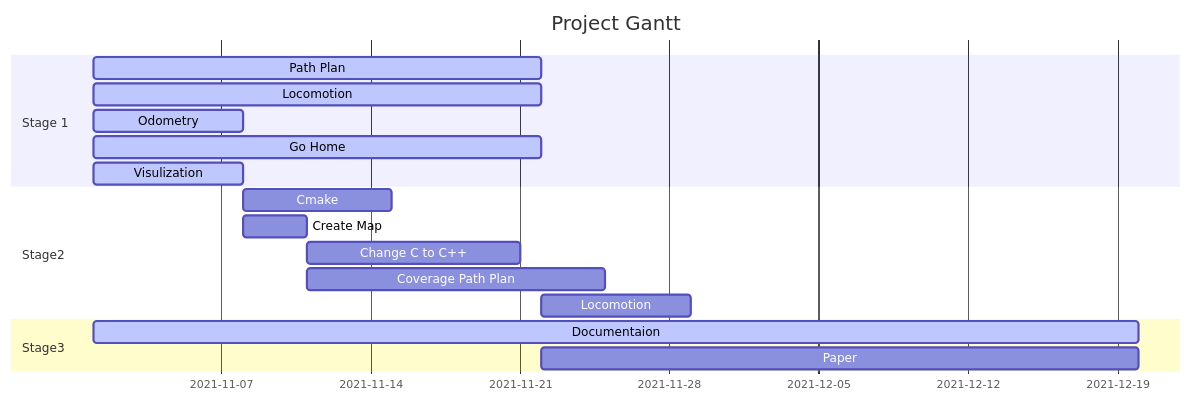
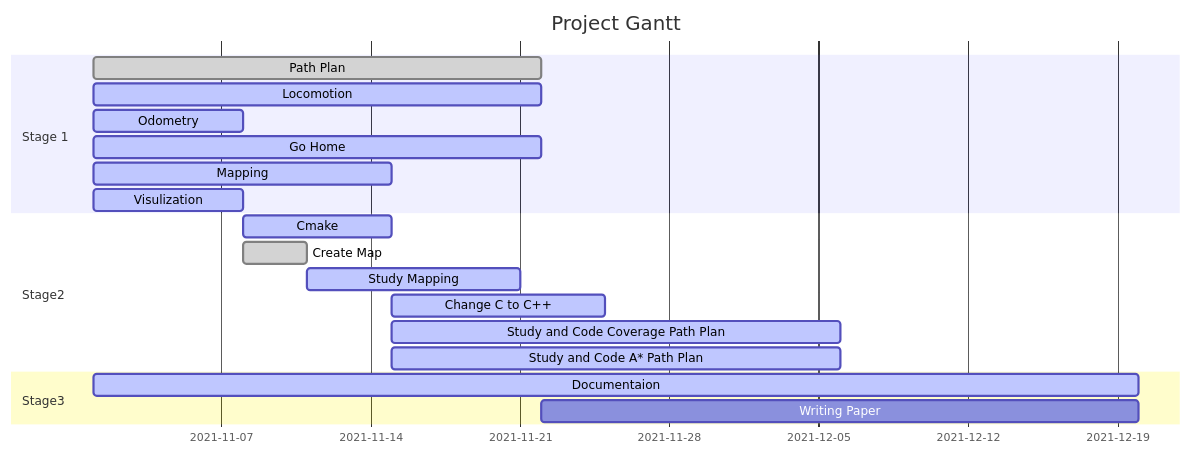
The diagram in README.md (Alexbeast-CN/Robot_navigation_webots), drawn with Mermaid before and after one commit. The commit also changed 7 other files, not shown here.

````diff
--- a/README.md
+++ b/README.md
@@ -11,26 +11,31 @@
 ```mermaid
 gantt
 
 title Project Gantt
 dateFormat YY-MM-DD
 
     section Stage 1
-    Path Plan             :active, des2, 21-11-01, 3w
+    Path Plan             :done, des2, 21-11-01, 3w
     Locomotion            :active, des2, 21-11-01, 3w
     Odometry              :active, des1, 21-11-01, 1w
     Go Home               :active, des2, 21-11-01, 3w
+    Mapping               :active, des1, 21-11-01, 2w
     Visulization          :active, des1, 21-11-01, 1w
 
     section Stage2
-    Cmake                 :des3, after des1, 1w
-    Create Map            :des3, after des1, 3d
-    Change C to C++       :des4, after des3, 10d
+    Cmake                 :active, des6, after des1, 1w
+    Create Map            :done, des3, after des1, 3d
+    Study Mapping         :active, des4, after des3, 10d
 
-    Coverage Path Plan    :des4, after des3, 2w
-    Locomotion            :des5, after des2, 1w
+    Change C to C++       :active, des5, after des6, 10d
+    
+    Study and Code Coverage Path Plan    :active, des5, after des6, 3w
+
+    Study and Code A* Path Plan    :active, des5, after des6, 3w
+    
 
     section Stage3
     Documentaion          :active, 21-11-01,7w
-    Paper                 :after des2, 4w
+    Writing Paper                 :after des2, 4w
 
 ```
````
